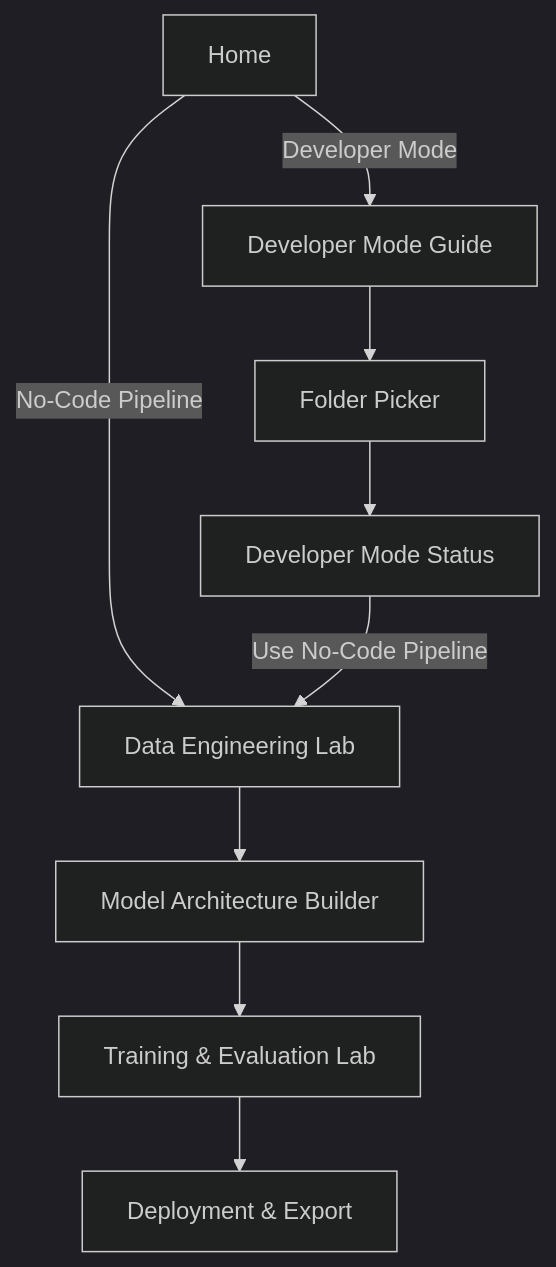
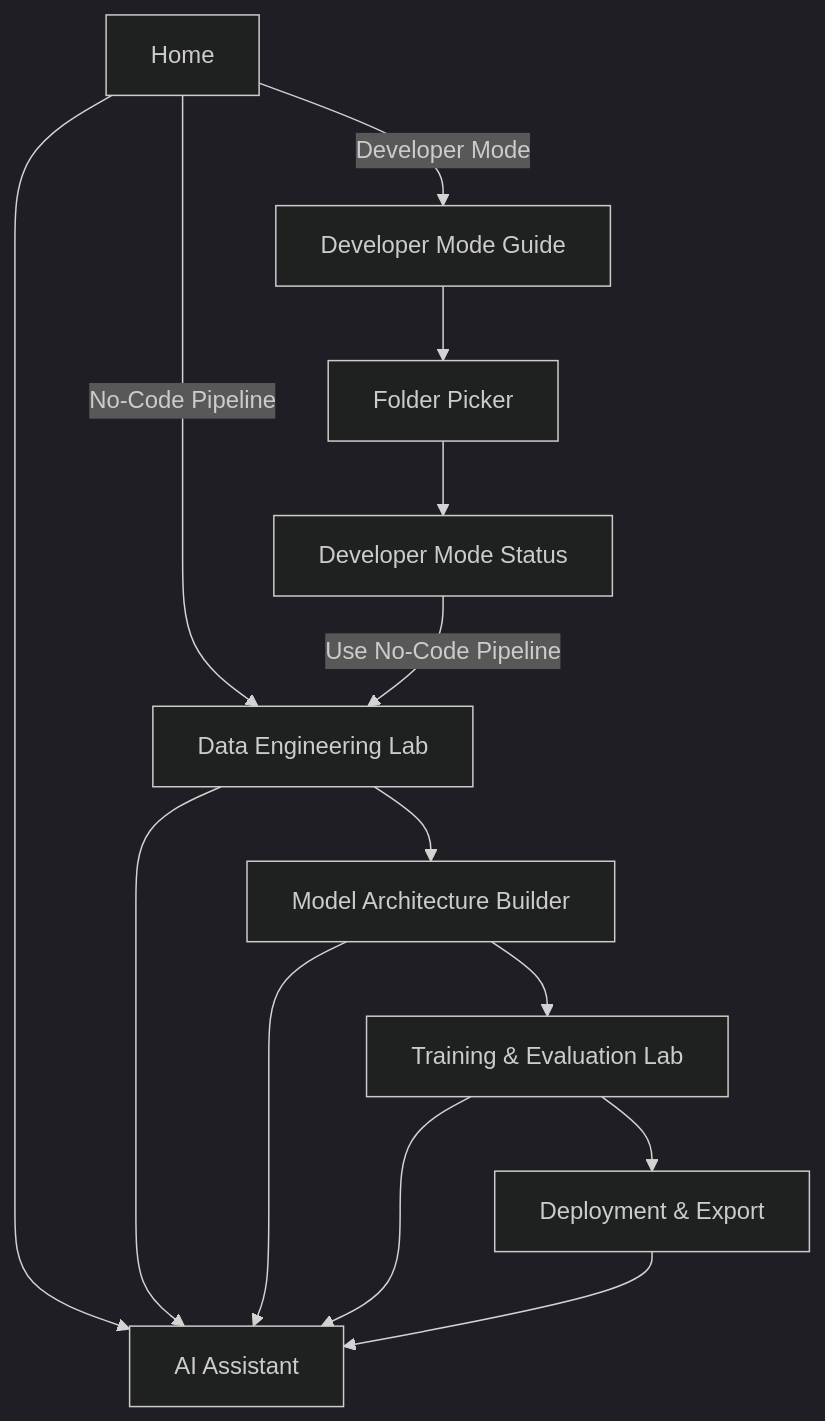
The diagram in docs/architecture.md (Nawfel-9/neural-forge), drawn with Mermaid (dark theme) before and after one commit. The commit also changed other lines of this file and 8 other files, not shown here.

````diff
--- a/docs/architecture.md
+++ b/docs/architecture.md
@@ -11,20 +11,26 @@
 ```mermaid
 flowchart TB
     Home["Home"]
     Data["Data Engineering Lab"]
     Model["Model Architecture Builder"]
     Train["Training & Evaluation Lab"]
     Export["Deployment & Export"]
     DevGuide["Developer Mode Guide"]
     DevImport["Folder Picker"]
     DevStatus["Developer Mode Status"]
+    Assistant["AI Assistant"]
 
     Home -- "No-Code Pipeline" --> Data
     Data --> Model
     Model --> Train
     Train --> Export
     Home -- "Developer Mode" --> DevGuide
     DevGuide --> DevImport
     DevImport --> DevStatus
     DevStatus -- "Use No-Code Pipeline" --> Data
+    Home --> Assistant
+    Data --> Assistant
+    Model --> Assistant
+    Train --> Assistant
+    Export --> Assistant
 ```
````
